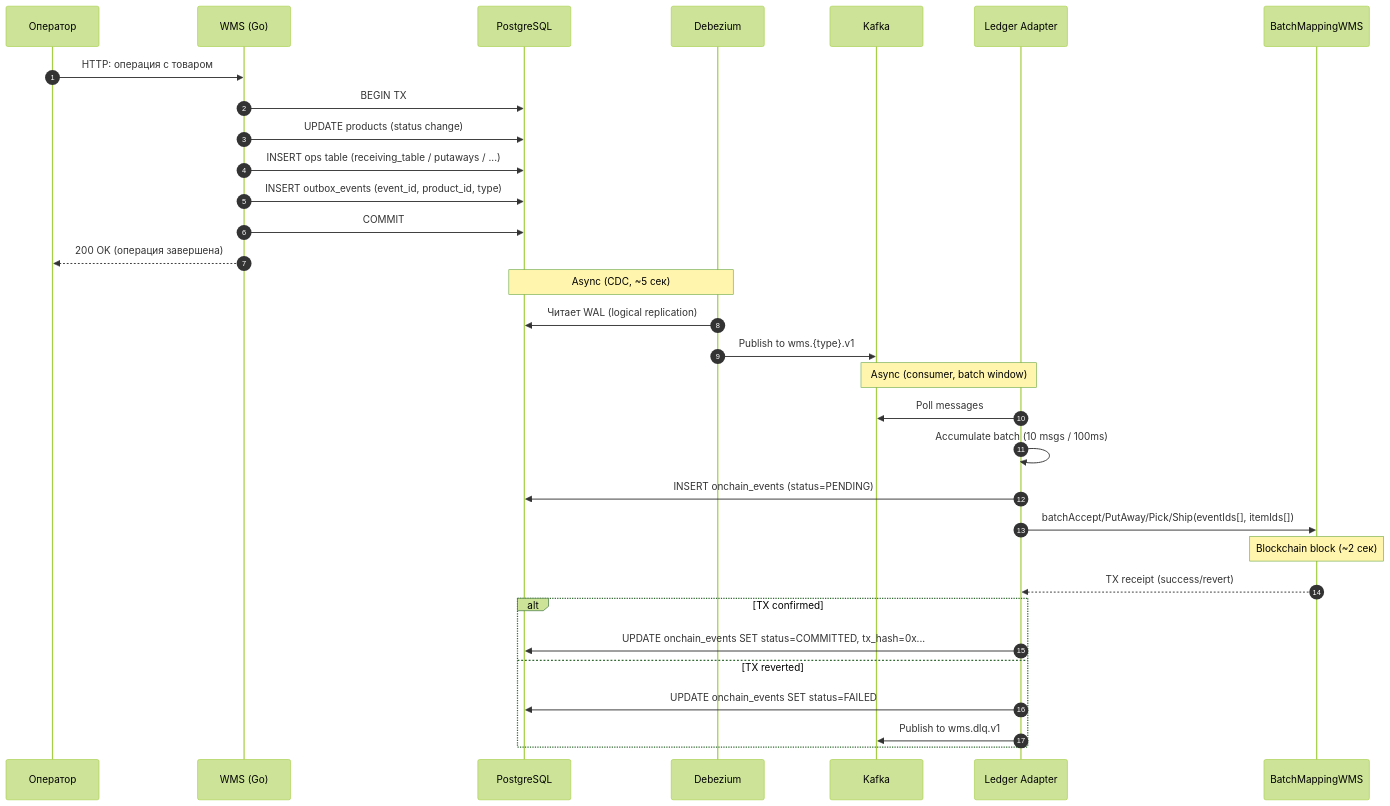
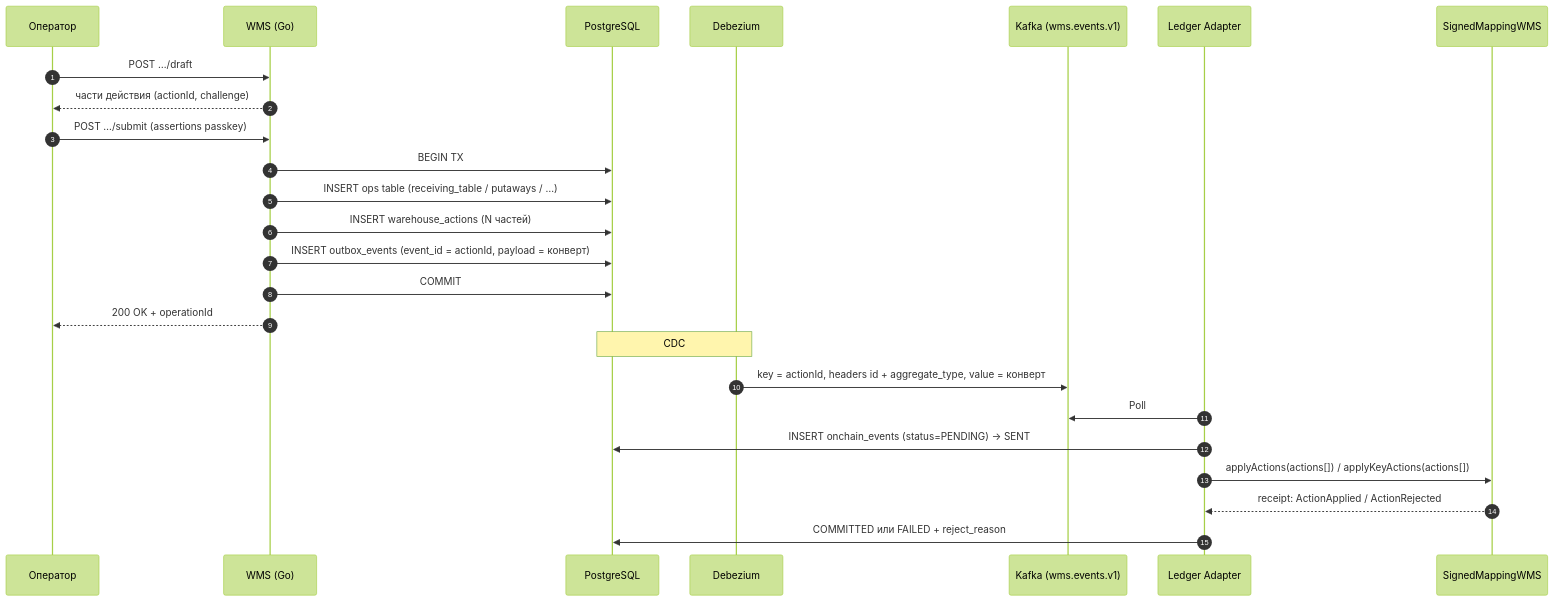
Before and after one commit to oglenyaboss/avalanche-wms: the diagram in docs/integration/data-contract.md, drawn with Mermaid (forest theme). The commit also changed other lines of this file and 8 other files, not shown here.

````diff
--- a/docs/integration/data-contract.md
+++ b/docs/integration/data-contract.md
@@ -242,39 +156,31 @@
 ```mermaid
 sequenceDiagram
     autonumber
     participant Op as Оператор
     participant WMS as WMS (Go)
     participant PG as PostgreSQL
     participant DZ as Debezium
-    participant KF as Kafka
+    participant KF as Kafka (wms.events.v1)
     participant LA as Ledger Adapter
-    participant BC as BatchMappingWMS
+    participant BC as SignedMappingWMS
 
-    Op->>WMS: HTTP: операция с товаром
+    Op->>WMS: POST …/draft
+    WMS-->>Op: части действия (actionId, challenge)
+    Op->>WMS: POST …/submit (assertions passkey)
     WMS->>PG: BEGIN TX
-    WMS->>PG: UPDATE products (status change)
-    WMS->>PG: INSERT ops table (receiving_table / putaways / ...)
-    WMS->>PG: INSERT outbox_events (event_id, product_id, type)
+    WMS->>PG: INSERT ops table (receiving_table / putaways / …)
+    WMS->>PG: INSERT warehouse_actions (N частей)
+    WMS->>PG: INSERT outbox_events (event_id = actionId, payload = конверт)
     WMS->>PG: COMMIT
-    WMS-->>Op: 200 OK (операция завершена)
+    WMS-->>Op: 200 OK + operationId
 
-    Note over PG,DZ: Async (CDC, ~5 сек)
-    DZ->>PG: Читает WAL (logical replication)
-    DZ->>KF: Publish to wms.{type}.v1
+    Note over PG,DZ: CDC
+    DZ->>KF: key = actionId, headers id + aggregate_type, value = конверт
 
-    Note over KF,LA: Async (consumer, batch window)
-    LA->>KF: Poll messages
-    LA->>LA: Accumulate batch (10 msgs / 100ms)
-    LA->>PG: INSERT onchain_events (status=PENDING)
-    LA->>BC: batchAccept/PutAway/Pick/Ship(eventIds[], itemIds[])
+    LA->>KF: Poll
+    LA->>PG: INSERT onchain_events (status=PENDING) → SENT
+    LA->>BC: applyActions(actions[]) / applyKeyActions(actions[])
 
-    Note over BC: Blockchain block (~2 сек)
-    BC-->>LA: TX receipt (success/revert)
-
-    alt TX confirmed
-        LA->>PG: UPDATE onchain_events SET status=COMMITTED, tx_hash=0x...
-    else TX reverted
-        LA->>PG: UPDATE onchain_events SET status=FAILED
-        LA->>KF: Publish to wms.dlq.v1
-    end
+    BC-->>LA: receipt: ActionApplied / ActionRejected
+    LA->>PG: COMMITTED или FAILED + reject_reason
 ```
````
